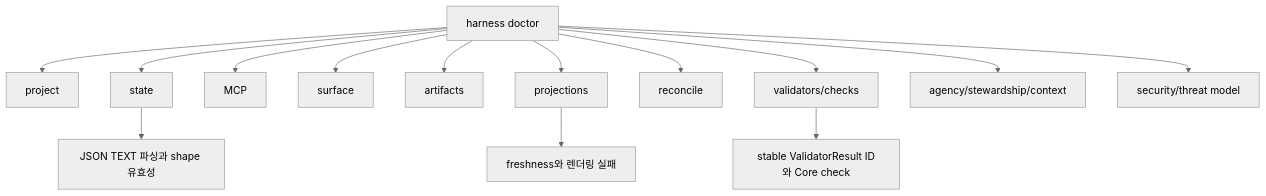
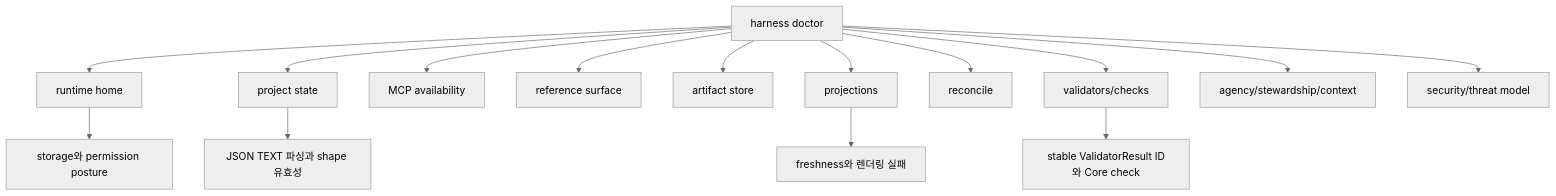
The fifth of 14 diagrams in docs/ko/reference/operations-and-conformance.md (minjungw00/Harness_Project), drawn with Mermaid (neutral theme) before and after one commit. The commit also changed other lines of this file and 9 other files, not shown here.

````diff
--- a/docs/ko/reference/operations-and-conformance.md
+++ b/docs/ko/reference/operations-and-conformance.md
@@ -251,16 +251,17 @@
 ```mermaid
 flowchart TD
-  Doctor["harness doctor"] --> Project["project"]
-  Doctor --> State["state"]
-  Doctor --> MCP["MCP"]
-  Doctor --> Surface["surface"]
-  Doctor --> Artifacts["artifacts"]
+  Doctor["harness doctor"] --> Runtime["runtime home"]
+  Doctor --> State["project state"]
+  Doctor --> MCP["MCP availability"]
+  Doctor --> Surface["reference surface"]
+  Doctor --> Artifacts["artifact store"]
   Doctor --> Projections["projections"]
   Doctor --> Reconcile["reconcile"]
   Doctor --> Validators["validators/checks"]
   Doctor --> Agency["agency/stewardship/context"]
   Doctor --> Security["security/threat model"]
+  Runtime --> Perms["storage와 permission posture"]
   State --> JSON["JSON TEXT 파싱과 shape 유효성"]
   Projections --> Freshness["freshness와 렌더링 실패"]
   Validators --> Stable["stable ValidatorResult ID와 Core check"]
 ```
````
